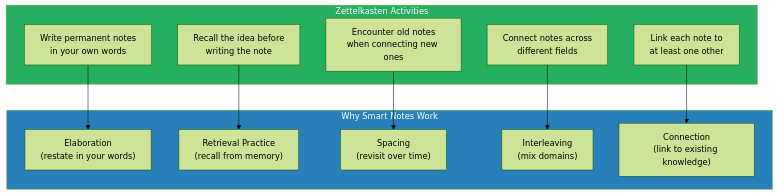
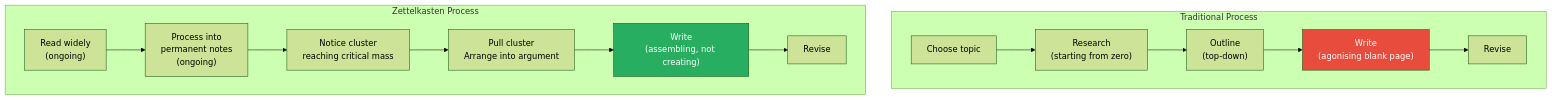
Before and after one commit to alius33/reader: the third of 6 diagrams in summaries/Mindset & Self-Mastery/How to Take Smart Notes - Sonke Ahrens.md, drawn with Mermaid (forest theme). The commit also changed other lines of this file and 272 other files, not shown here.

````diff
--- a/summaries/Mindset & Self-Mastery/How to Take Smart Notes - Sonke Ahrens.md
+++ b/summaries/Mindset & Self-Mastery/How to Take Smart Notes - Sonke Ahrens.md
@@ -325,24 +383,18 @@
 ```mermaid
 flowchart TD
-    subgraph SCIENCE ["Why Smart Notes Work"]
-        E["Elaboration\n(restate in your words)"]
-        R["Retrieval Practice\n(recall from memory)"]
-        S["Spacing\n(revisit over time)"]
-        I["Interleaving\n(mix domains)"]
-        C["Connection\n(link to existing knowledge)"]
+    subgraph TRAD ["Traditional Process"]
+        T1["Choose topic"] --> T2["Research<br>(starting from zero)"]
+        T2 --> T3["Outline<br>(top-down)"]
+        T3 --> T4["Write<br>(agonising blank page)"]
+        T4 --> T5["Revise"]
     end
-    subgraph ZK ["Zettelkasten Activities"]
-        Z1["Write permanent notes\nin your own words"]
-        Z2["Recall the idea before\nwriting the note"]
-        Z3["Encounter old notes\nwhen connecting new ones"]
-        Z4["Connect notes across\ndifferent fields"]
-        Z5["Link each note to\nat least one other"]
+    subgraph ZK ["Zettelkasten Process"]
+        Z1["Read widely<br>(ongoing)"] --> Z2["Process into<br>permanent notes<br>(ongoing)"]
+        Z2 --> Z3["Notice cluster<br>reaching critical mass"]
+        Z3 --> Z4["Pull cluster<br>Arrange into argument"]
+        Z4 --> Z5["Write<br>(assembling, not creating)"]
+        Z5 --> Z6["Revise"]
     end
-    Z1 --> E
-    Z2 --> R
-    Z3 --> S
-    Z4 --> I
-    Z5 --> C
-    style SCIENCE fill:#2980b9,color:#fff
-    style ZK fill:#27ae60,color:#fff
+    style T4 fill:#e74c3c,color:#fff
+    style Z5 fill:#27ae60,color:#fff
 ```
````
